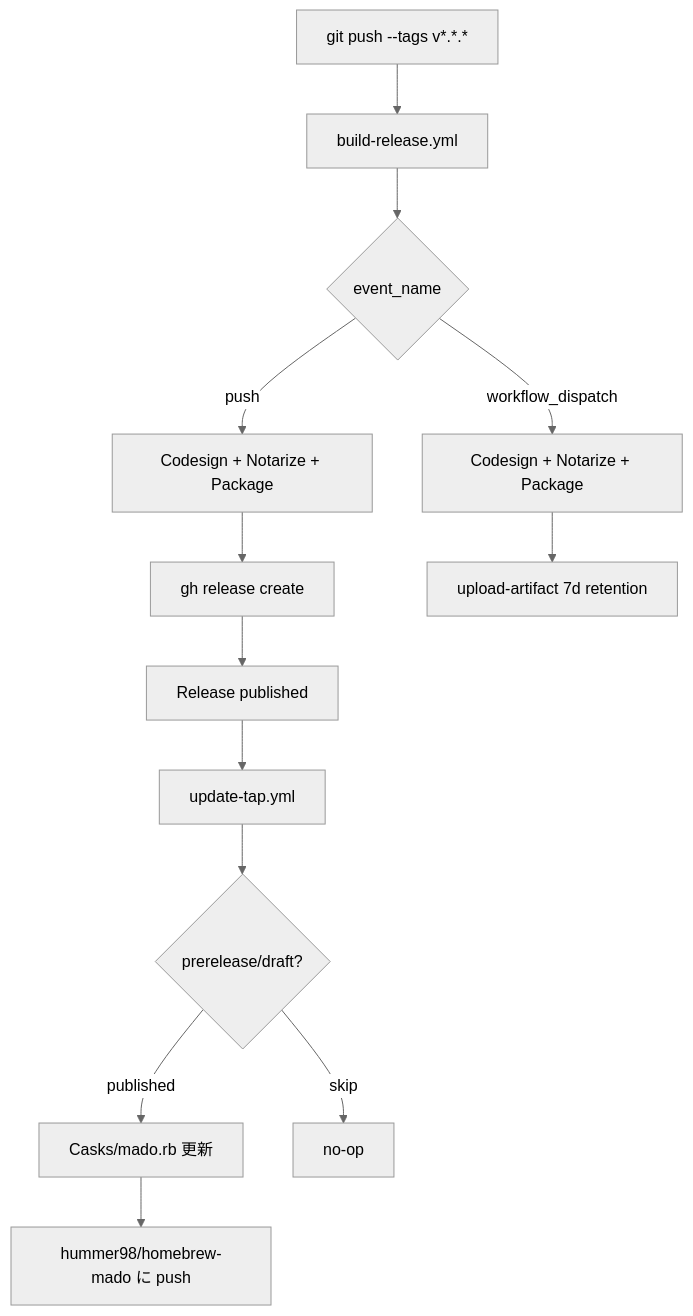
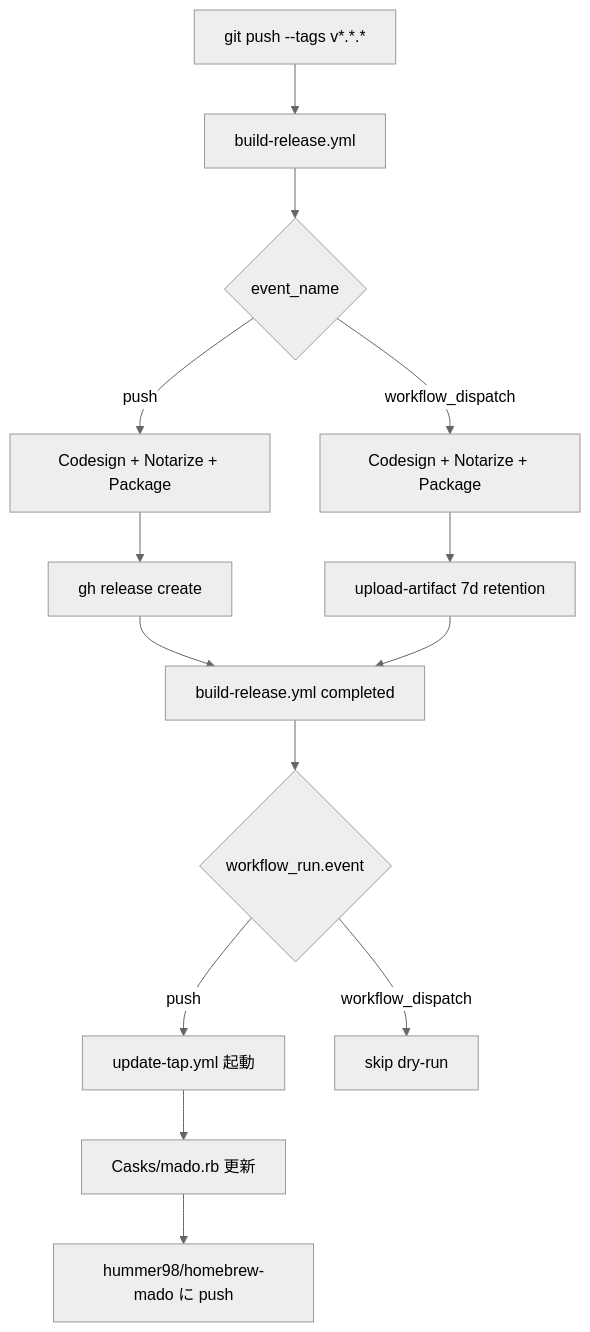
The second of 2 diagrams in docs/release-automation.md (hummer98/mado), drawn with Mermaid (neutral theme) before and after one commit. The commit also changed other lines of this file and 1 other file, not shown here.

Commit message:
ci(update-tap): switch trigger from release:published to workflow_run
build-release.yml の release 作成と asset upload の間にレースが発生し、
update-tap.yml が release published 直後に起動して zip asset を見つけられず
失敗する事故が v0.3.0 リリースで発生した（run 25007975375）。

update-tap.yml のトリガーを workflow_run (Build & Release (codesign + notarize)
完了) に切り替え、build-release.yml の完了を確実に待ってから cask 更新を
起動するようにする。workflow_dispatch 由来の dry-run は workflow_run.event
== 'push' で除外。tag 解決は github.event.workflow_run.head_branch から行う。

docs/release-automation.md も新トリガー方式（§1.1 表 / §1.2 mermaid /
§1.3 全体フロー / §3.1 トリガー表 / §3.2 ステップ概要）に整合させる。

build-release.yml には触れない（name: 文字列が workflow_run の workflows:
配列と完全一致する必要があり、変更すると update-tap が一切発火しなくなる）。

Closes T040

````diff
--- a/docs/release-automation.md
+++ b/docs/release-automation.md
@@ -52,15 +52,16 @@
 ```mermaid
 flowchart TD
     A[git push --tags v*.*.*] --> B[build-release.yml]
     B --> C{event_name}
     C -->|push| D[Codesign + Notarize + Package]
     C -->|workflow_dispatch| E[Codesign + Notarize + Package]
     D --> F[gh release create]
     E --> G[upload-artifact 7d retention]
-    F --> H[Release published]
-    H --> I[update-tap.yml]
-    I --> J{prerelease/draft?}
-    J -->|published| K[Casks/mado.rb 更新]
-    J -->|skip| L[no-op]
-    K --> M[hummer98/homebrew-mado に push]
+    F --> H[build-release.yml completed]
+    G --> H
+    H --> I{workflow_run.event}
+    I -->|push| J[update-tap.yml 起動]
+    I -->|workflow_dispatch| K[skip dry-run]
+    J --> L[Casks/mado.rb 更新]
+    L --> M[hummer98/homebrew-mado に push]
 ```
````
